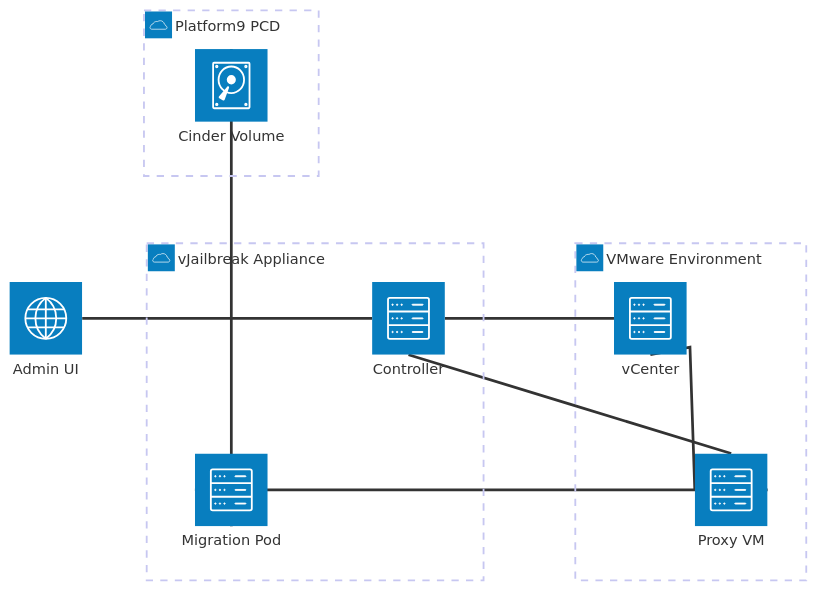
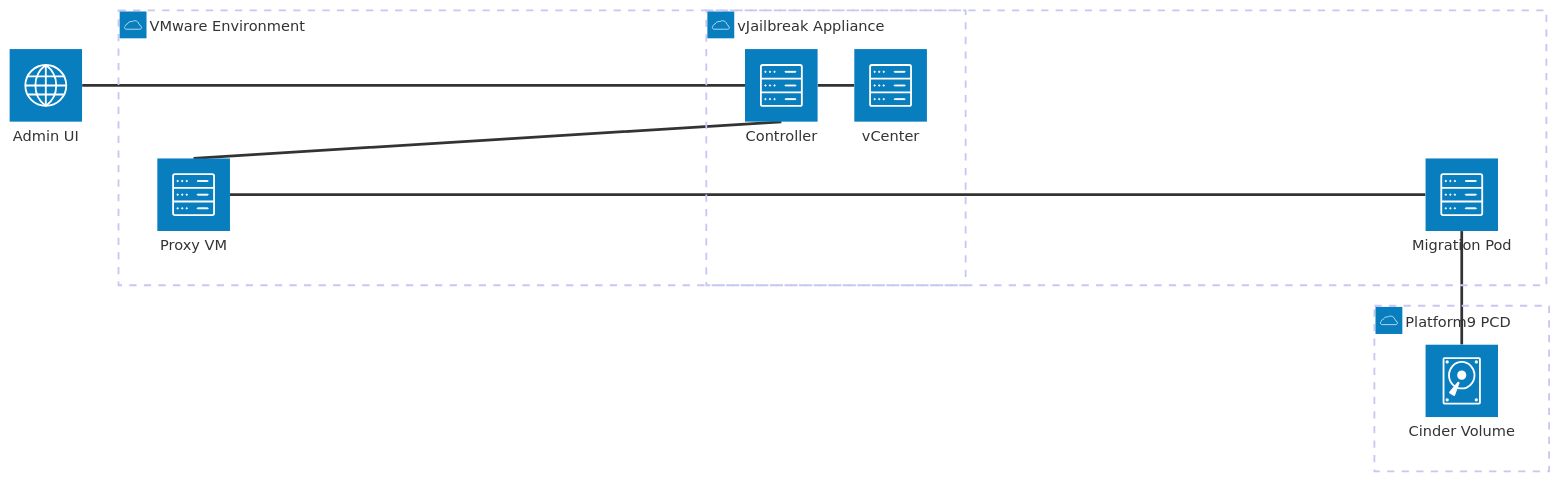
The first of 2 diagrams in docs/src/content/docs/concepts/vjailbreak-accelerated-copy.md (platform9/vjailbreak), drawn with Mermaid before and after one commit.

Commit message:
Removing the ambiguous edge between VC and proxy

````diff
--- a/docs/src/content/docs/concepts/vjailbreak-accelerated-copy.md
+++ b/docs/src/content/docs/concepts/vjailbreak-accelerated-copy.md
@@ -300,22 +300,21 @@
 ```mermaid
 architecture-beta
     service admin(internet)[Admin UI]
 
     group vjb(cloud)[vJailbreak Appliance]
         service ctrl(server)[Controller] in vjb
         service pod(server)[Migration Pod] in vjb
 
     group vmw(cloud)[VMware Environment]
         service vc(server)[vCenter] in vmw
         service proxy(server)[Proxy VM] in vmw
 
     group pcd(cloud)[Platform9 PCD]
         service os(disk)[Cinder Volume] in pcd
 
     admin:R -- L:ctrl
     ctrl:R -- L:vc
     ctrl:B -- T:proxy
-    vc:B -- L:proxy
     pod:L -- R:proxy
     pod:B -- T:os
 ```
````
